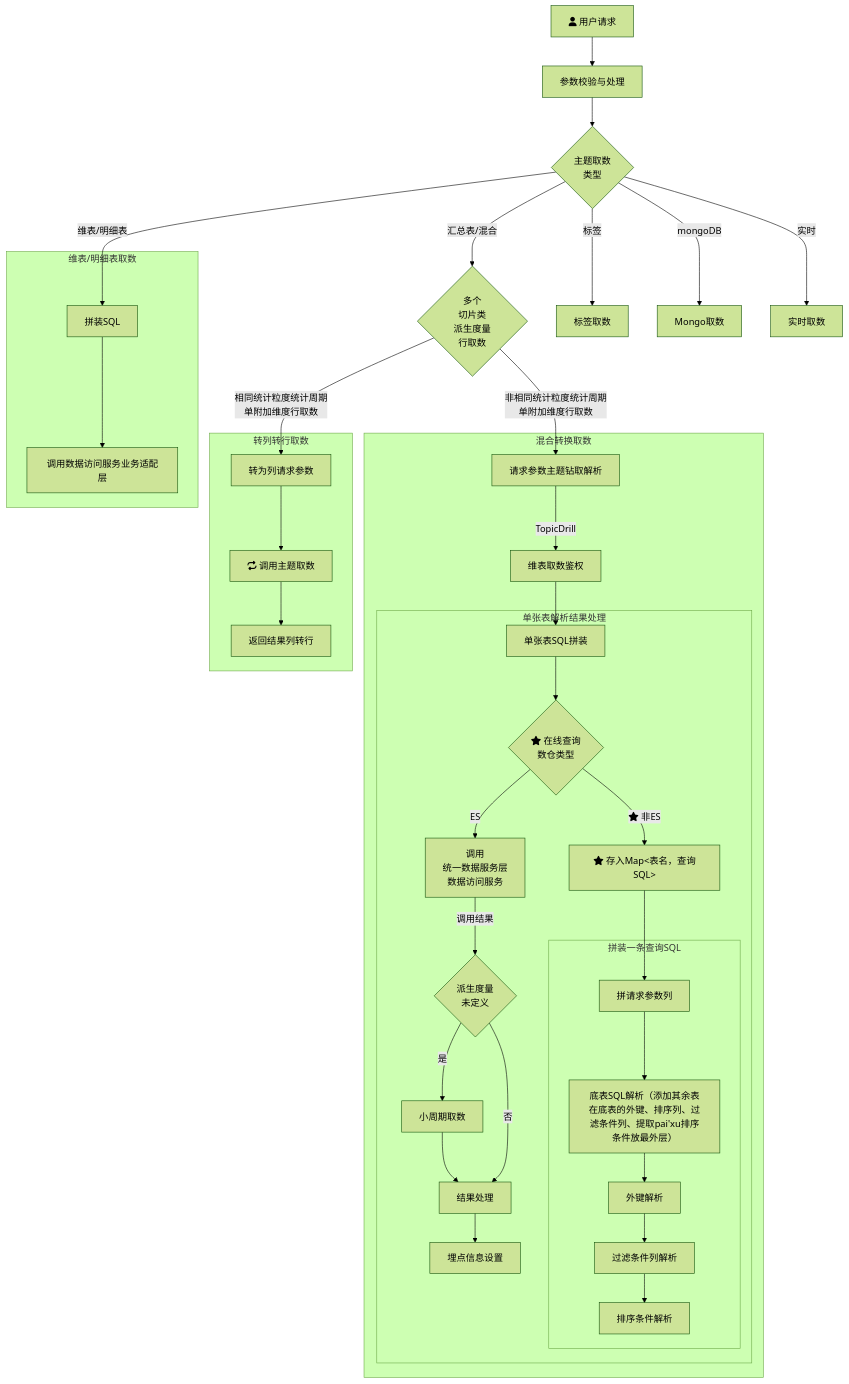
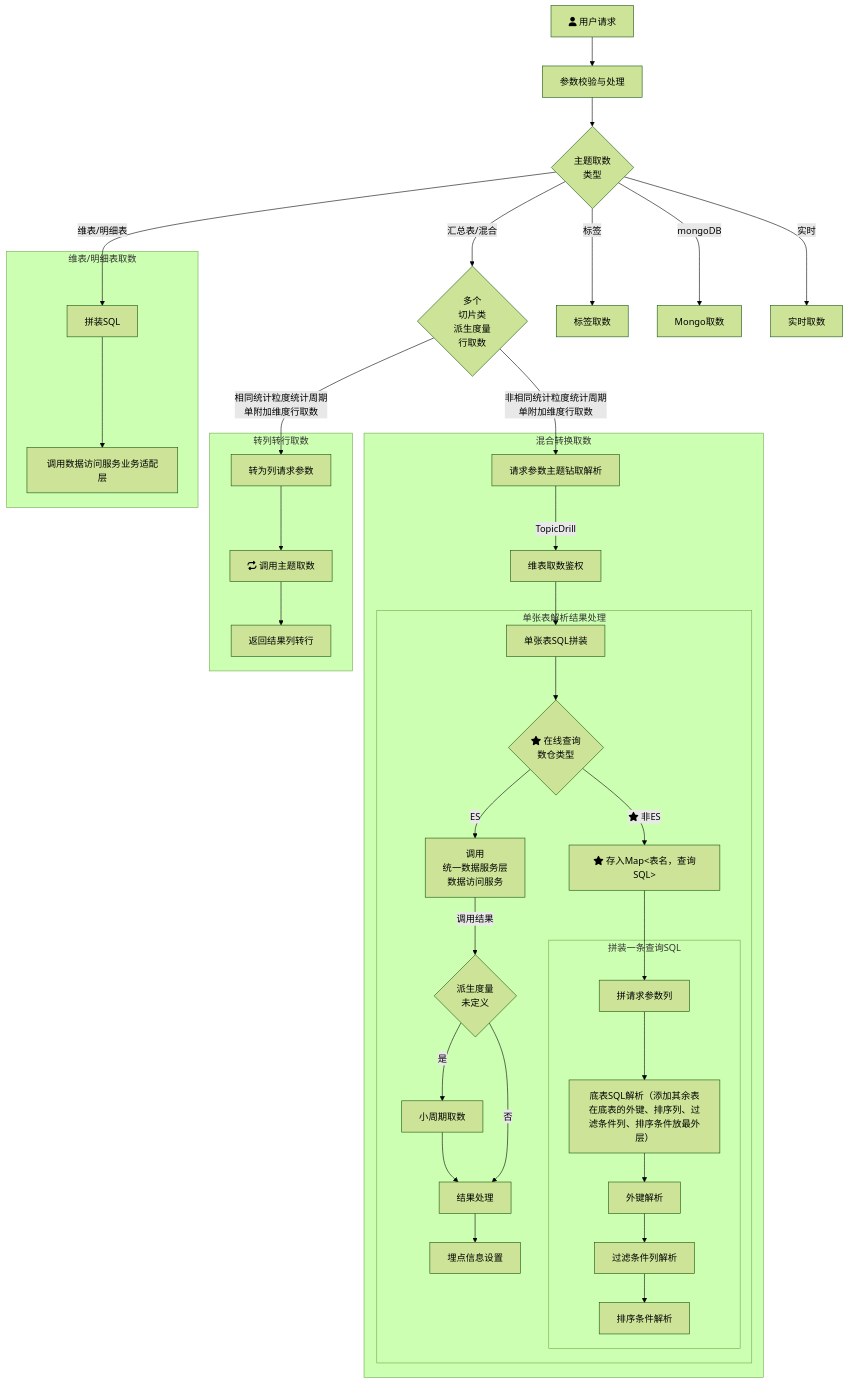
The diagram in all/未命名.md (yanglosm/iodraw-files), drawn with Mermaid (forest theme) before and after one commit.

Commit message:
2024-11-29 19:38:16 update

````diff
--- a/all/未命名.md
+++ b/all/未命名.md
@@ -1,30 +1,30 @@
 ```mermaid
 flowchart TD
     A[fa:fa-user 用户请求] -->A1[参数校验与处理] --> B{主题取数\n类型}
     B -->|维表/明细表| D[拼装SQL]
     B -->|汇总表/混合| E{多个\n切片类\n派生度量\n行取数}
     B -->|标签| F[标签取数]
     B -->|mongoDB| G[Mongo取数]
     B -->|实时| H[实时取数]
     E -->|相同统计粒度统计周期\n单附加维度行取数| E1[转为列请求参数]
     E -->|非相同统计粒度统计周期\n单附加维度行取数| T1[请求参数主题钻取解析]
     subgraph 维表/明细表取数
     D-->D1[调用数据访问服务业务适配层]
     end
     subgraph 转列转行取数
     E1-->E11[fa:fa-repeat 调用主题取数]-->E12[返回结果列转行]
     end
     subgraph 混合转换取数
     T1-->|TopicDrill| T2[维表取数鉴权] --> T31[单张表SQL拼装]
         subgraph 单张表解析结果处理
         T31 --> T4{fa:fa-star 在线查询\n数仓类型}-->|ES|T32[调用\n统一数据服务层\n数据访问服务] --> |调用结果|T33{派生度量\n未定义}
         T33 --> |是|T33_1[小周期取数]-->T34[结果处理]-->T35[埋点信息设置]
         T33 --> |否|T34
         T4 --> |fa:fa-star 非ES|T41["fa:fa-star 存入Map<表名，查询SQL>"]
         T41 --> T42[拼请求参数列]
             subgraph 拼装一条查询SQL
-            T42 --> M1[底表SQL解析（添加其余表在底表的外键、排序列、过滤条件列、提取pai'xu排序条件放最外层）] --> M2[外键解析] --> 过滤条件列解析 --> 排序条件解析
+            T42 --> M1[底表SQL解析（添加其余表在底表的外键、排序列、过滤条件列、排序条件放最外层）] --> M2[外键解析] --> 过滤条件列解析 --> 排序条件解析
             end
         end
     end
 ```
````
